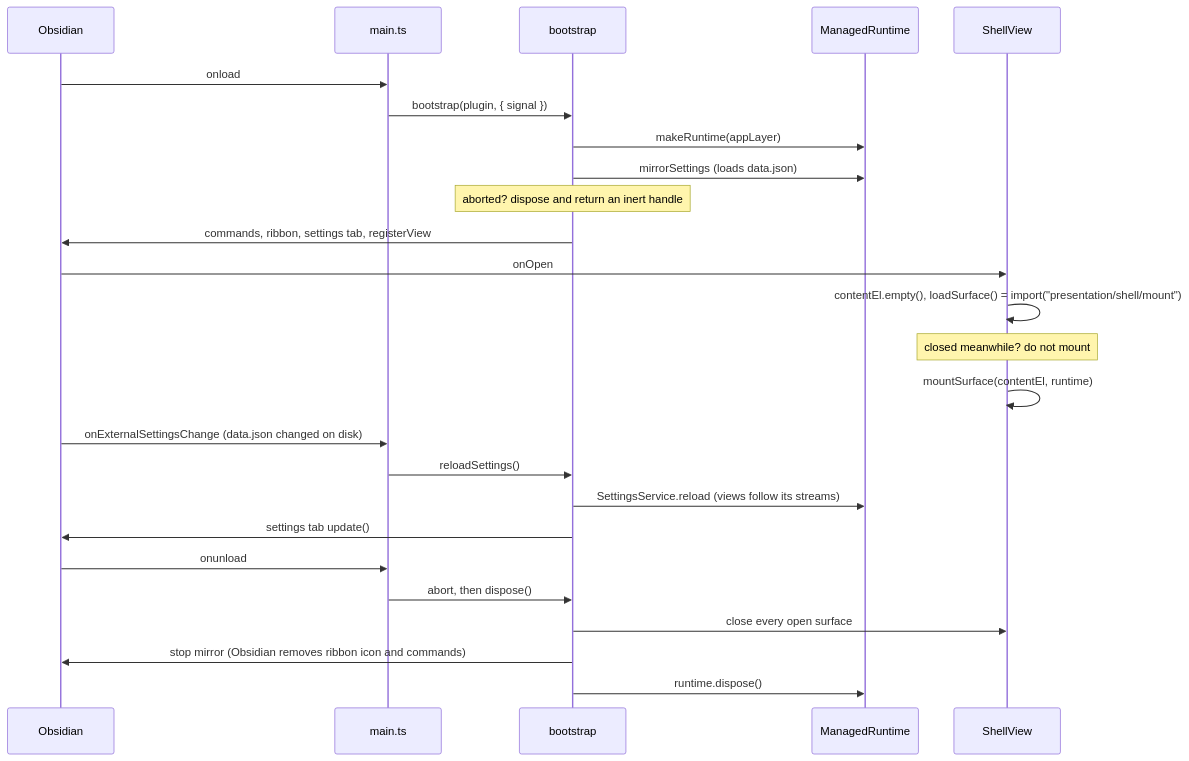
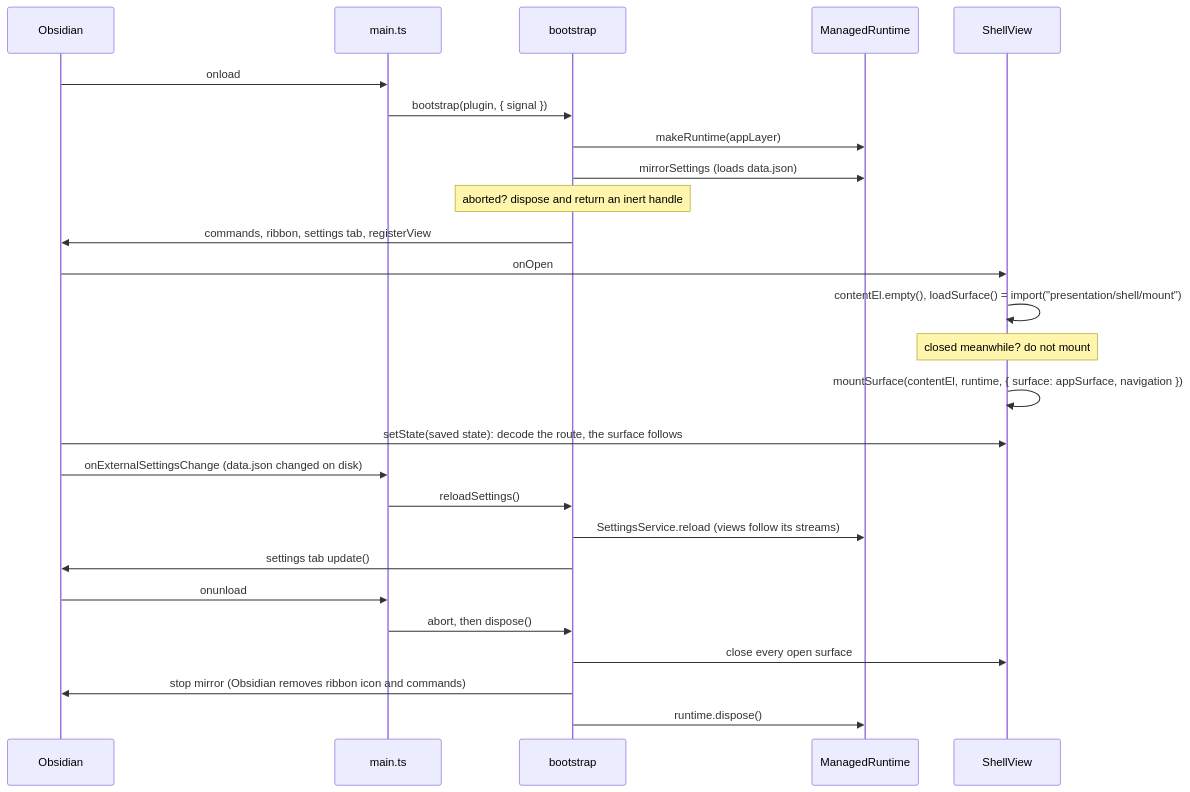
The second of 2 diagrams in docs/engineering/architecture.md (Luis85/weg-manager), drawn with Mermaid before and after one commit. The commit also changed other lines of this file and 71 other files, not shown here.

````diff
--- a/docs/engineering/architecture.md
+++ b/docs/engineering/architecture.md
@@ -119,27 +122,28 @@
 ```mermaid
 sequenceDiagram
   participant O as Obsidian
   participant M as main.ts
   participant B as bootstrap
   participant R as ManagedRuntime
   participant V as ShellView
   O->>M: onload
   M->>B: bootstrap(plugin, { signal })
   B->>R: makeRuntime(appLayer)
   B->>R: mirrorSettings (loads data.json)
   Note over B: aborted? dispose and return an inert handle
   B->>O: commands, ribbon, settings tab, registerView
   O->>V: onOpen
   V->>V: contentEl.empty(), loadSurface() = import("presentation/shell/mount")
   Note over V: closed meanwhile? do not mount
-  V->>V: mountSurface(contentEl, runtime)
+  V->>V: mountSurface(contentEl, runtime, { surface: appSurface, navigation })
+  O->>V: setState(saved state): decode the route, the surface follows
   O->>M: onExternalSettingsChange (data.json changed on disk)
   M->>B: reloadSettings()
   B->>R: SettingsService.reload (views follow its streams)
   B->>O: settings tab update()
   O->>M: onunload
   M->>B: abort, then dispose()
   B->>V: close every open surface
   B->>O: stop mirror (Obsidian removes ribbon icon and commands)
   B->>R: runtime.dispose()
 ```
````
